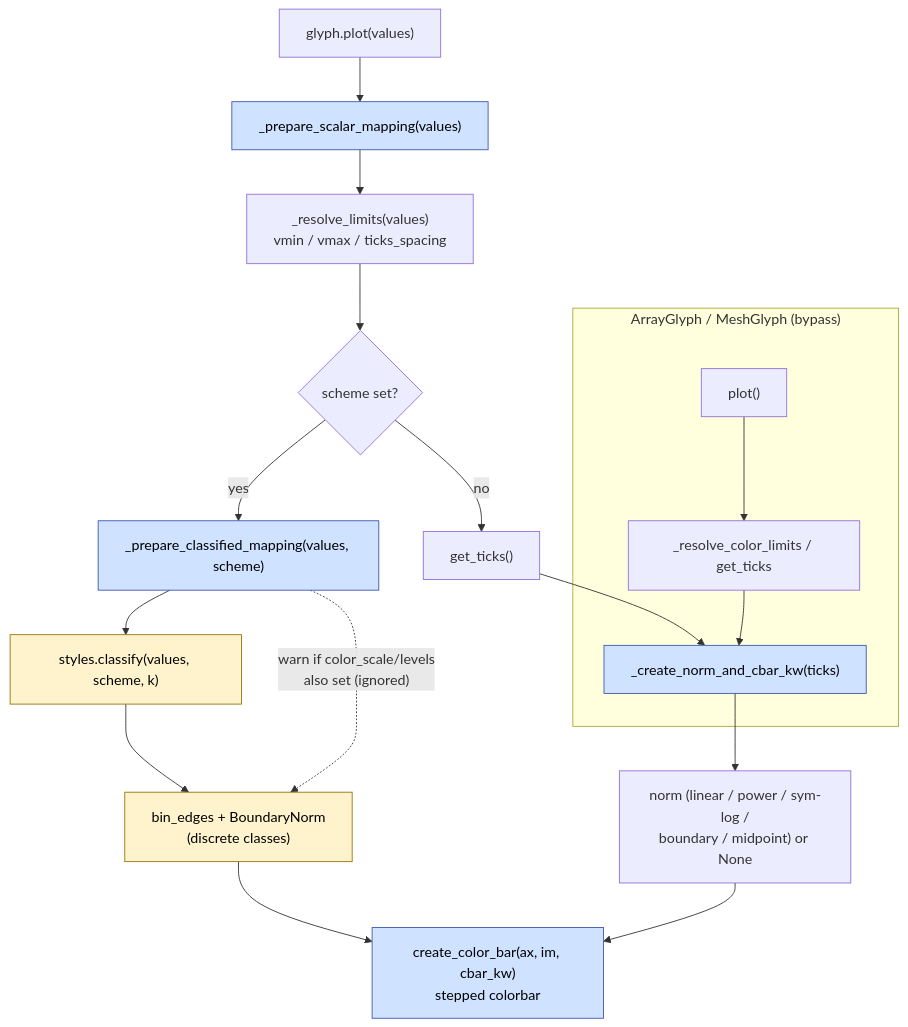
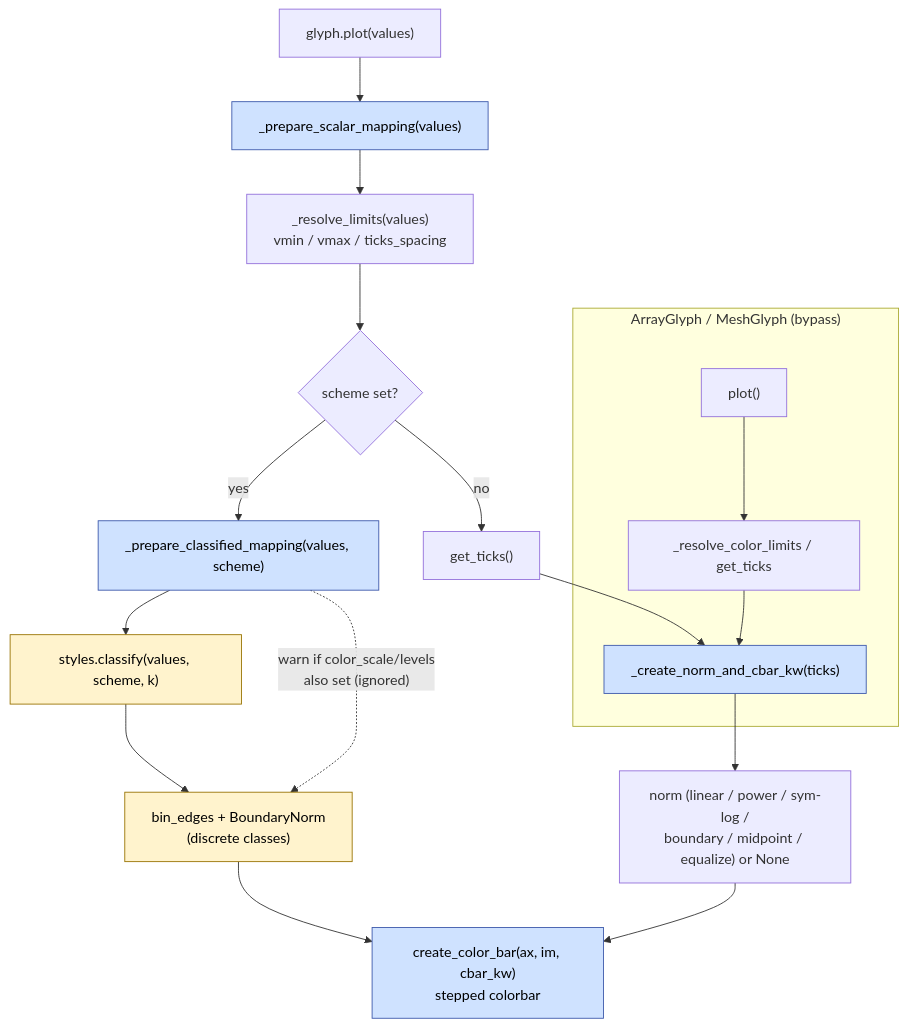
One commit to serapeum-org/cleopatra changed the second of 5 diagrams in docs/diagrams/glyph-architecture.md. Above: the diagram before and after it, drawn with Mermaid. The commit also changed other lines of this file and 8 other files, not shown here.

````diff
--- a/docs/diagrams/glyph-architecture.md
+++ b/docs/diagrams/glyph-architecture.md
@@ -146,29 +146,29 @@
 ```mermaid
 flowchart TD
     A["glyph.plot(values)"] --> B["_prepare_scalar_mapping(values)"]
     B --> C["_resolve_limits(values)\nvmin / vmax / ticks_spacing"]
     C --> D{"scheme set?"}
 
     D -- "yes" --> E["_prepare_classified_mapping(values, scheme)"]
     E --> F["styles.classify(values, scheme, k)"]
     F --> G["bin_edges + BoundaryNorm\n(discrete classes)"]
     E -. "warn if color_scale/levels\nalso set (ignored)" .-> G
     G --> K["create_color_bar(ax, im, cbar_kw)\nstepped colorbar"]
 
     D -- "no" --> H["get_ticks()"]
     H --> I["_create_norm_and_cbar_kw(ticks)"]
-    I --> J["norm (linear / power / sym-log /\nboundary / midpoint) or None"]
+    I --> J["norm (linear / power / sym-log /\nboundary / midpoint / equalize) or None"]
     J --> K
 
     subgraph bypass["ArrayGlyph / MeshGlyph (bypass)"]
         M["plot()"] --> N["_resolve_color_limits / get_ticks"]
         N --> I
     end
 
     style B fill:#cfe2ff,stroke:#3D59AB,color:#000
     style E fill:#cfe2ff,stroke:#3D59AB,color:#000
     style I fill:#cfe2ff,stroke:#3D59AB,color:#000
     style K fill:#cfe2ff,stroke:#3D59AB,color:#000
     style F fill:#fff3cd,stroke:#997404,color:#000
     style G fill:#fff3cd,stroke:#997404,color:#000
 ```
````
